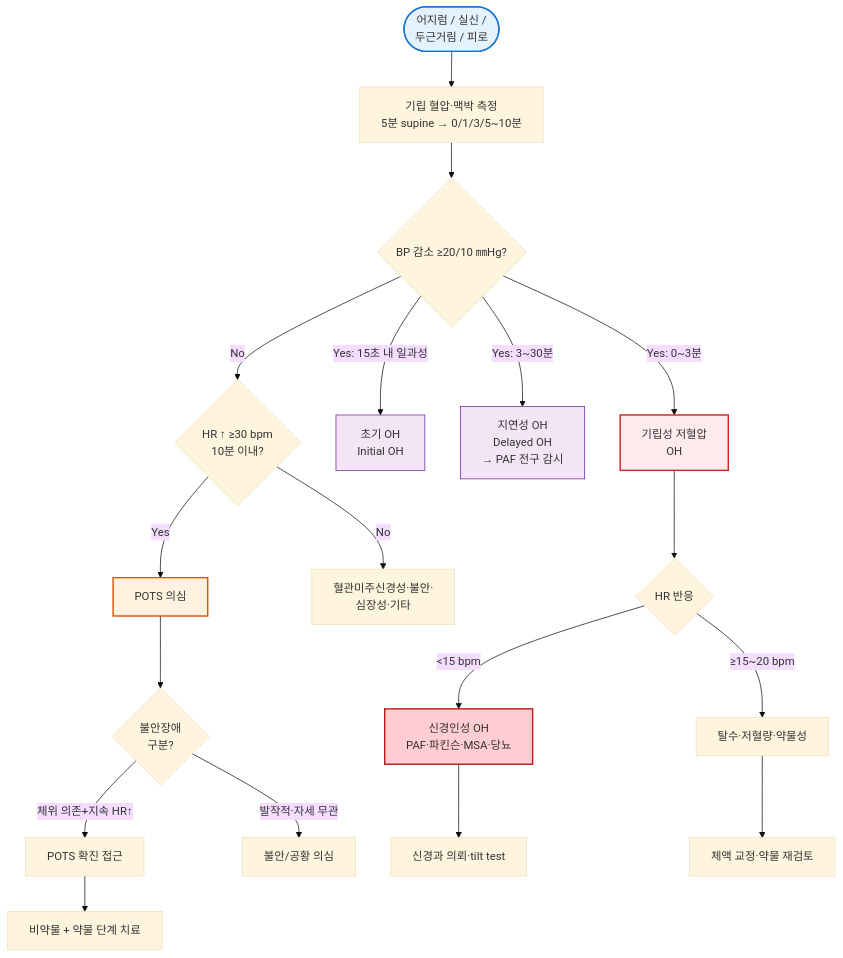
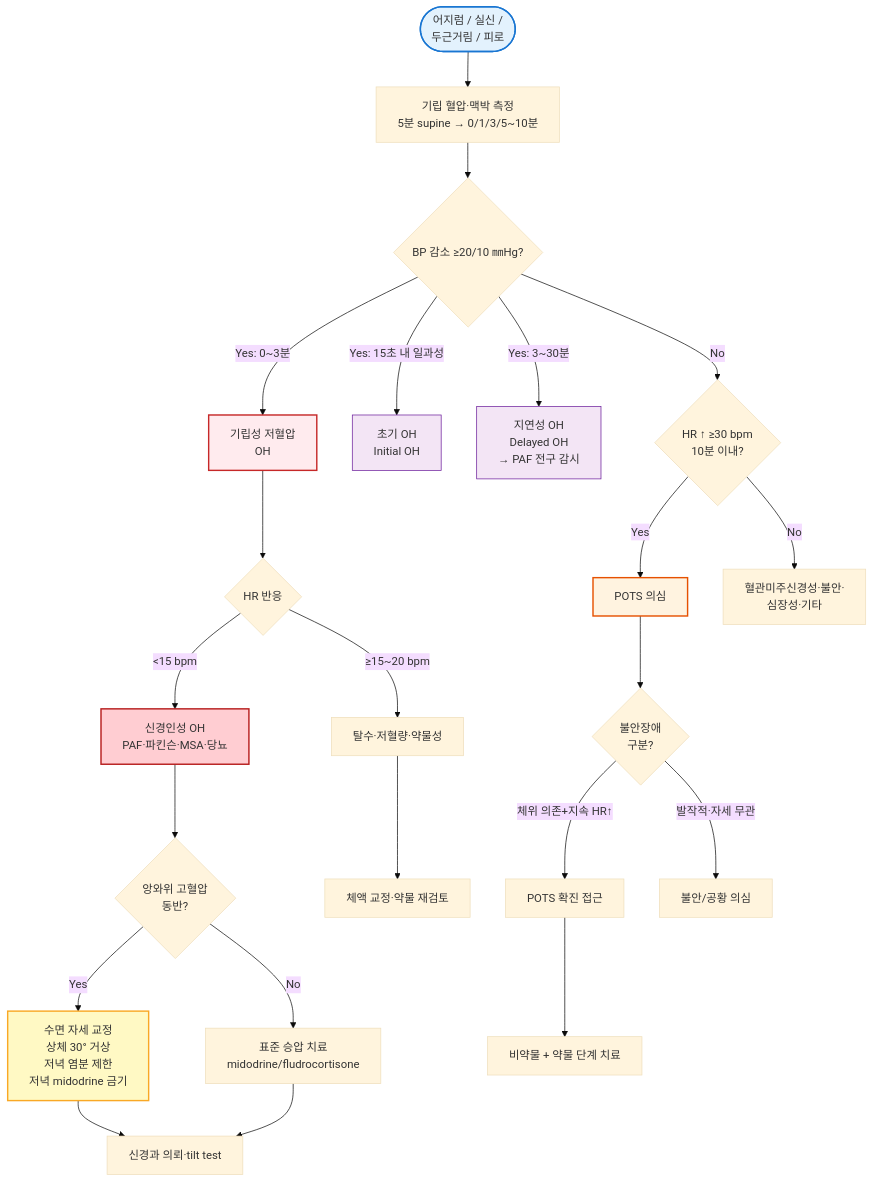
The diagram in 221_/030_-autonomic-dysfunction.md (familyoh77/familyoh77), drawn with Mermaid (base theme) before and after one commit. The commit also changed other lines of this file, not shown here.

````diff
--- a/221_/030_-autonomic-dysfunction.md
+++ b/221_/030_-autonomic-dysfunction.md
@@ -183,27 +185,32 @@
 ```mermaid
 graph TD
     Start([어지럼 / 실신 /<br/> 두근거림 / 피로]) --> Step1[기립 혈압·맥박 측정<br/>5분 supine → 0/1/3/5~10분]
     Step1 --> Q1{BP 감소 ≥20/10 ㎜Hg?}
     Q1 -->|Yes: 0~3분| OH[기립성 저혈압<br/>OH]
     Q1 -->|Yes: 15초 내 일과성| IOH[초기 OH<br/>Initial OH]
     Q1 -->|Yes: 3~30분| DOH[지연성 OH<br/>Delayed OH<br/>→ PAF 전구 감시]
     Q1 -->|No| Q2{HR ↑ ≥30 bpm<br/>10분 이내?}
     Q2 -->|Yes| POTS[POTS 의심]
     Q2 -->|No| Other[혈관미주신경성·불안·<br/>심장성·기타]
     OH --> QHR{HR 반응}
     QHR -->|<15 bpm| Neuro[신경인성 OH<br/>PAF·파킨슨·MSA·당뇨]
     QHR -->|≥15~20 bpm| Volume[탈수·저혈량·약물성]
+    Neuro --> SupHTN{앙와위 고혈압<br/>동반?}
+    SupHTN -->|Yes| SupYes[수면 자세 교정<br/>상체 30° 거상<br/>저녁 염분 제한<br/>저녁 midodrine 금기]
+    SupHTN -->|No| SupNo[표준 승압 치료<br/>midodrine/fludrocortisone]
     POTS --> Anx{불안장애<br/>구분?}
     Anx -->|체위 의존+지속 HR↑| POTSconf[POTS 확진 접근]
     Anx -->|발작적·자세 무관| Anxiety[불안/공황 의심]
-    Neuro --> Ref[신경과 의뢰·tilt test]
+    SupYes --> Ref[신경과 의뢰·tilt test]
+    SupNo --> Ref
     Volume --> Tx1[체액 교정·약물 재검토]
     POTSconf --> Tx2[비약물 + 약물 단계 치료]
     
     style Start fill:#e3f2fd,stroke:#1976d2,stroke-width:2px
     style OH fill:#ffebee,stroke:#c62828,stroke-width:2px
     style POTS fill:#fff3e0,stroke:#e65100,stroke-width:2px
     style IOH fill:#f3e5f5,stroke:#6a1b9a,stroke-width:1px
     style DOH fill:#f3e5f5,stroke:#6a1b9a,stroke-width:1px
     style Neuro fill:#ffcdd2,stroke:#b71c1c,stroke-width:2px
+    style SupYes fill:#fff9c4,stroke:#f9a825,stroke-width:2px
 ```
````
